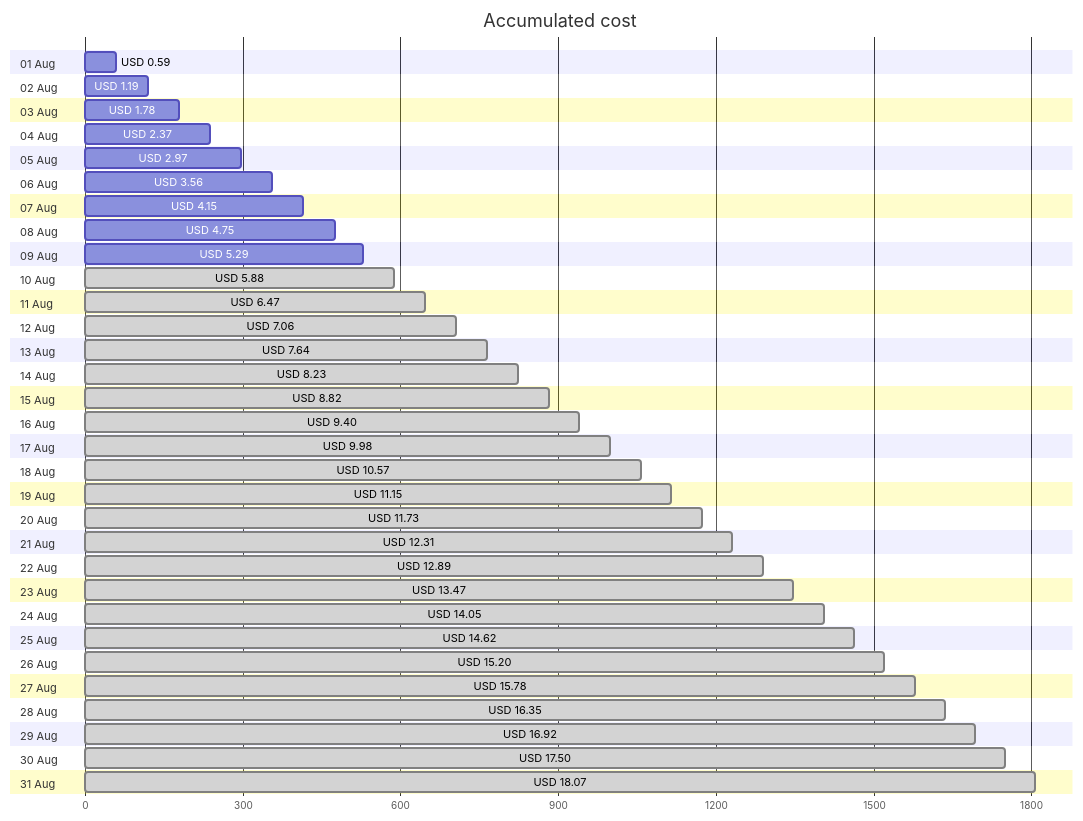
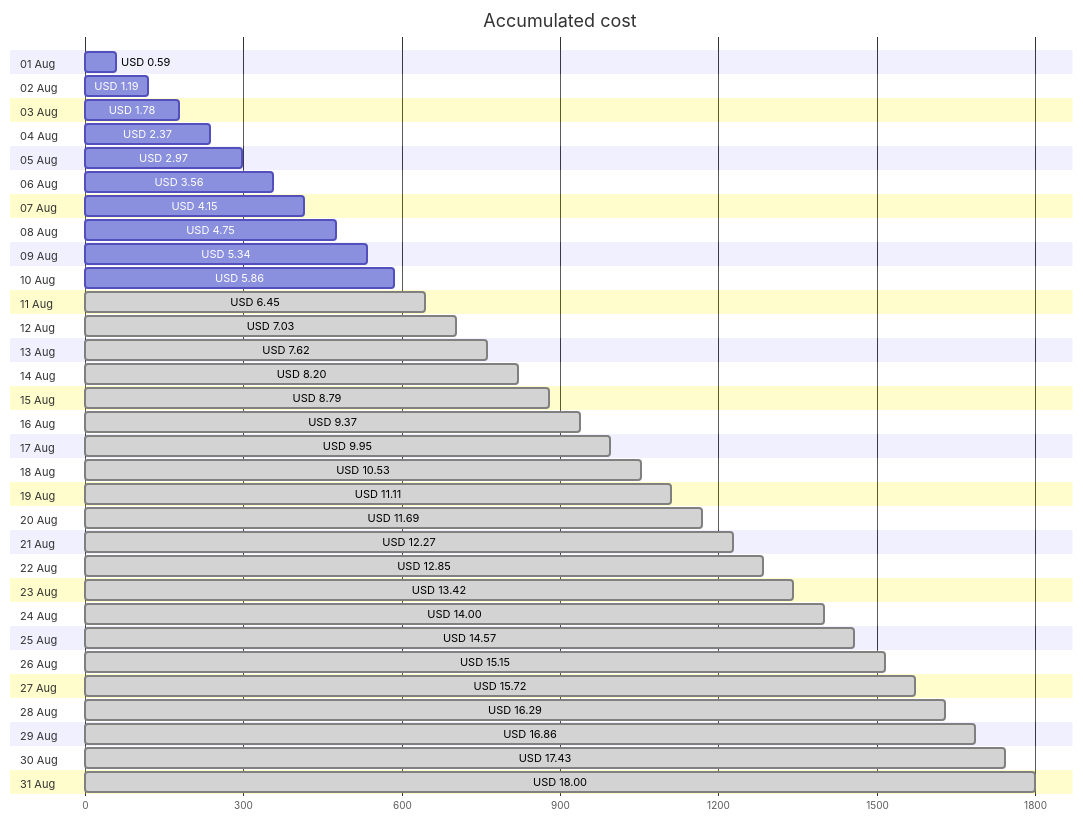
The first of 4 diagrams in cost-reports/personal-site/README.md (jpfulton/azure-personal-reports), drawn with Mermaid before and after one commit. The commit also changed other lines of this file and 6 other files, not shown here.

````diff
--- a/cost-reports/personal-site/README.md
+++ b/cost-reports/personal-site/README.md
@@ -20,68 +20,68 @@
 ```mermaid
 gantt
    title Accumulated cost
    dateFormat  X
    axisFormat %s
    section 01 Aug
    USD 0.59 :0, 59
    section 02 Aug
    USD 1.19 :0, 119
    section 03 Aug
    USD 1.78 :0, 178
    section 04 Aug
    USD 2.37 :0, 237
    section 05 Aug
    USD 2.97 :0, 297
    section 06 Aug
    USD 3.56 :0, 356
    section 07 Aug
    USD 4.15 :0, 415
    section 08 Aug
    USD 4.75 :0, 475
    section 09 Aug
-   USD 5.29 :0, 529
+   USD 5.34 :0, 534
    section 10 Aug
-   USD 5.88 : done, 0, 588
+   USD 5.86 :0, 586
    section 11 Aug
-   USD 6.47 : done, 0, 647
+   USD 6.45 : done, 0, 645
    section 12 Aug
-   USD 7.06 : done, 0, 706
+   USD 7.03 : done, 0, 703
    section 13 Aug
-   USD 7.64 : done, 0, 764
+   USD 7.62 : done, 0, 762
    section 14 Aug
-   USD 8.23 : done, 0, 823
+   USD 8.20 : done, 0, 820
    section 15 Aug
-   USD 8.82 : done, 0, 882
+   USD 8.79 : done, 0, 879
    section 16 Aug
-   USD 9.40 : done, 0, 940
+   USD 9.37 : done, 0, 937
    section 17 Aug
-   USD 9.98 : done, 0, 998
+   USD 9.95 : done, 0, 995
    section 18 Aug
-   USD 10.57 : done, 0, 1057
+   USD 10.53 : done, 0, 1053
    section 19 Aug
-   USD 11.15 : done, 0, 1115
+   USD 11.11 : done, 0, 1111
    section 20 Aug
-   USD 11.73 : done, 0, 1173
+   USD 11.69 : done, 0, 1169
    section 21 Aug
-   USD 12.31 : done, 0, 1231
+   USD 12.27 : done, 0, 1227
    section 22 Aug
-   USD 12.89 : done, 0, 1289
+   USD 12.85 : done, 0, 1285
    section 23 Aug
-   USD 13.47 : done, 0, 1347
+   USD 13.42 : done, 0, 1342
    section 24 Aug
-   USD 14.05 : done, 0, 1405
+   USD 14.00 : done, 0, 1400
    section 25 Aug
-   USD 14.62 : done, 0, 1462
+   USD 14.57 : done, 0, 1457
    section 26 Aug
-   USD 15.20 : done, 0, 1520
+   USD 15.15 : done, 0, 1515
    section 27 Aug
-   USD 15.78 : done, 0, 1578
+   USD 15.72 : done, 0, 1572
    section 28 Aug
-   USD 16.35 : done, 0, 1635
+   USD 16.29 : done, 0, 1629
    section 29 Aug
-   USD 16.92 : done, 0, 1692
+   USD 16.86 : done, 0, 1686
    section 30 Aug
-   USD 17.50 : done, 0, 1750
+   USD 17.43 : done, 0, 1743
    section 31 Aug
-   USD 18.07 : done, 0, 1807
+   USD 18.00 : done, 0, 1800
 ```
````
